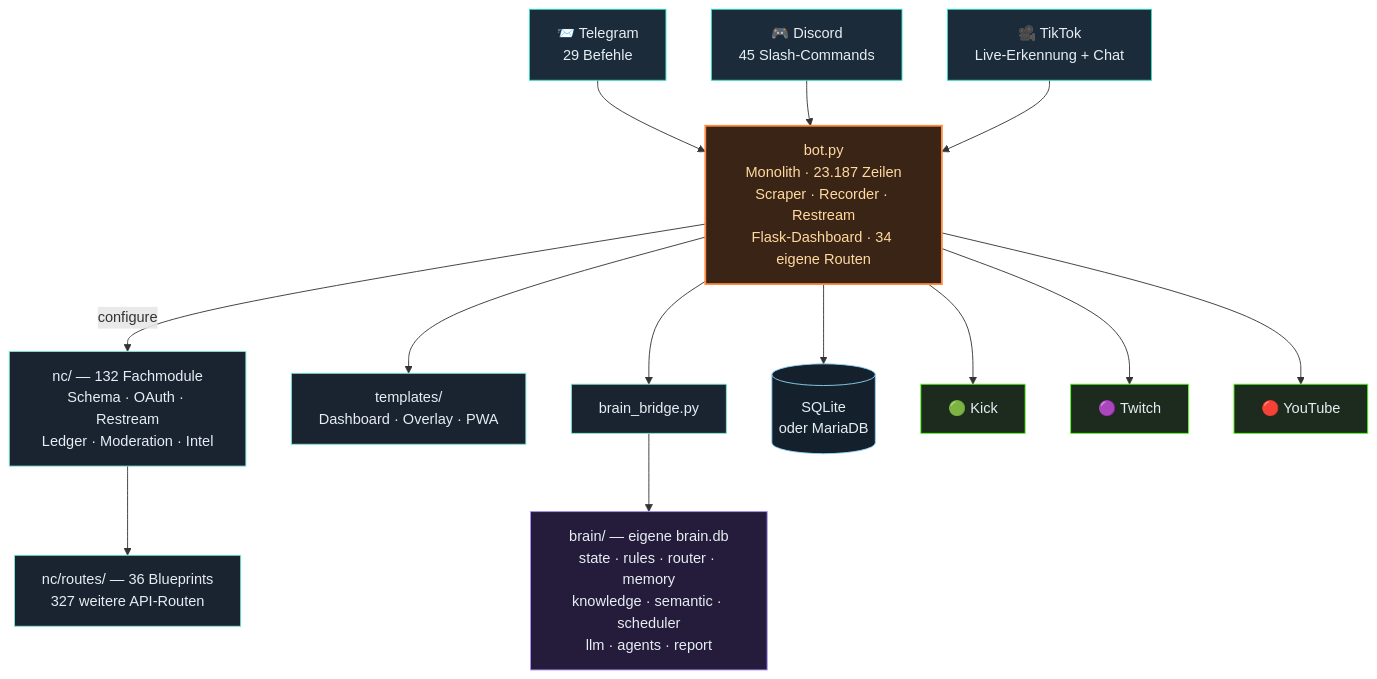
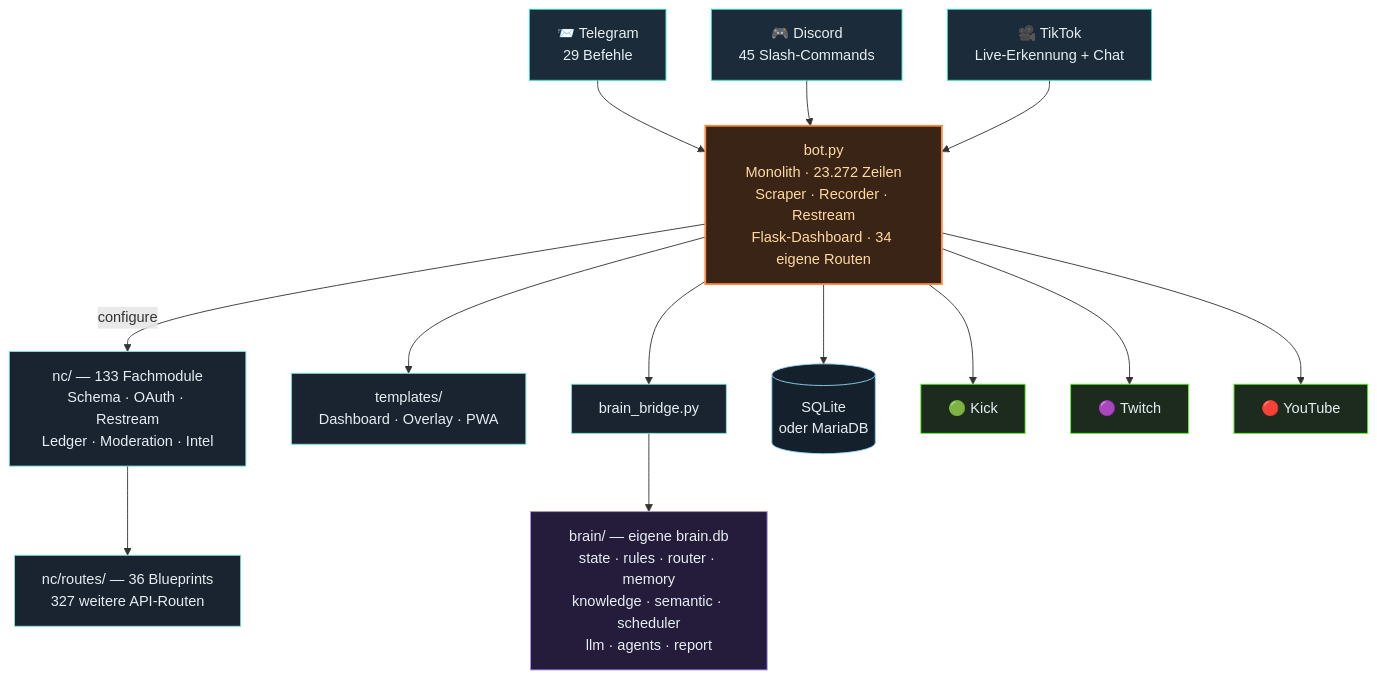
The third of 4 diagrams in README.md (itsamemedev/Telegram-Stream-Info-Bot), drawn with Mermaid before and after one commit. The commit also changed other lines of this file and 11 other files, not shown here.

````diff
--- a/README.md
+++ b/README.md
@@ -189,30 +189,30 @@
 ```mermaid
 flowchart TB
     TG["📨 Telegram<br/>29 Befehle"]:::ein
     DC["🎮 Discord<br/>45 Slash-Commands"]:::ein
     TT["🎥 TikTok<br/>Live-Erkennung + Chat"]:::ein
 
     TG --> BOT
     DC --> BOT
     TT --> BOT
 
-    BOT["bot.py<br/>Monolith · 23.187 Zeilen<br/>Scraper · Recorder · Restream<br/>Flask-Dashboard · 34 eigene Routen"]:::core
+    BOT["bot.py<br/>Monolith · 23.272 Zeilen<br/>Scraper · Recorder · Restream<br/>Flask-Dashboard · 34 eigene Routen"]:::core
 
-    BOT -->|configure| NC["nc/ — 132 Fachmodule<br/>Schema · OAuth · Restream<br/>Ledger · Moderation · Intel"]:::lib
+    BOT -->|configure| NC["nc/ — 133 Fachmodule<br/>Schema · OAuth · Restream<br/>Ledger · Moderation · Intel"]:::lib
     NC --> RT["nc/routes/ — 36 Blueprints<br/>327 weitere API-Routen"]:::lib
     BOT --> TPL["templates/<br/>Dashboard · Overlay · PWA"]:::lib
     BOT --> BR["brain_bridge.py"]:::lib
     BR --> BRAIN["brain/ — eigene brain.db<br/>state · rules · router · memory<br/>knowledge · semantic · scheduler<br/>llm · agents · report"]:::brain
     BOT --> DB[("SQLite<br/>oder MariaDB")]:::db
 
     BOT --> KICK["🟢 Kick"]:::out
     BOT --> TW["🟣 Twitch"]:::out
     BOT --> YT["🔴 YouTube"]:::out
 
     classDef ein fill:#1c2b3a,stroke:#2de1c2,color:#e6edf3
     classDef core fill:#3a2415,stroke:#ff8c42,stroke-width:2px,color:#ffd9a0
     classDef lib fill:#1a2430,stroke:#7fe7d4,color:#e6edf3
     classDef brain fill:#241c3a,stroke:#a78bfa,color:#e6edf3
     classDef db fill:#14202c,stroke:#8fd3f4,color:#e6edf3
     classDef out fill:#1c2b1e,stroke:#53fc18,color:#e6edf3
 ```
````
